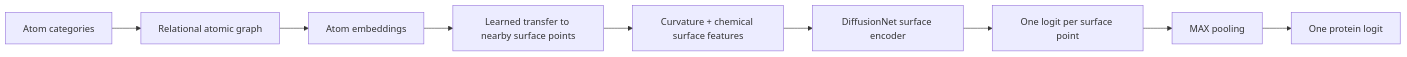
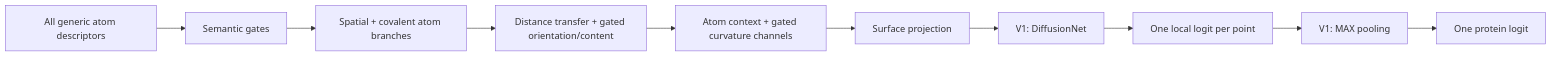
One commit to Davimity/WISDOM changed the fourth of 5 diagrams in README.md. Above: the diagram before and after it, drawn with Mermaid. The commit also changed other lines of this file and 25 other files, not shown here.

````diff
--- a/README.md
+++ b/README.md
@@ -2311,11 +2537,12 @@
 ```mermaid
 flowchart LR
-    A["Atom categories"] --> B["Relational atomic graph"]
-    B --> C["Atom embeddings"]
-    C --> D["Learned transfer to nearby surface points"]
-    D --> E["Curvature + chemical surface features"]
-    E --> F["DiffusionNet surface encoder"]
-    F --> G["One logit per surface point"]
-    G --> H["MAX pooling"]
-    H --> I["One protein logit"]
+    A["All generic atom descriptors"] --> B["Semantic gates"]
+    B --> C["Spatial + covalent atom branches"]
+    C --> D["Distance transfer + gated orientation/content"]
+    D --> E["Atom context + gated curvature channels"]
+    E --> F["Surface projection"]
+    F --> G["V1: DiffusionNet"]
+    G --> H["One local logit per point"]
+    H --> I["V1: MAX pooling"]
+    I --> J["One protein logit"]
 ```
````
